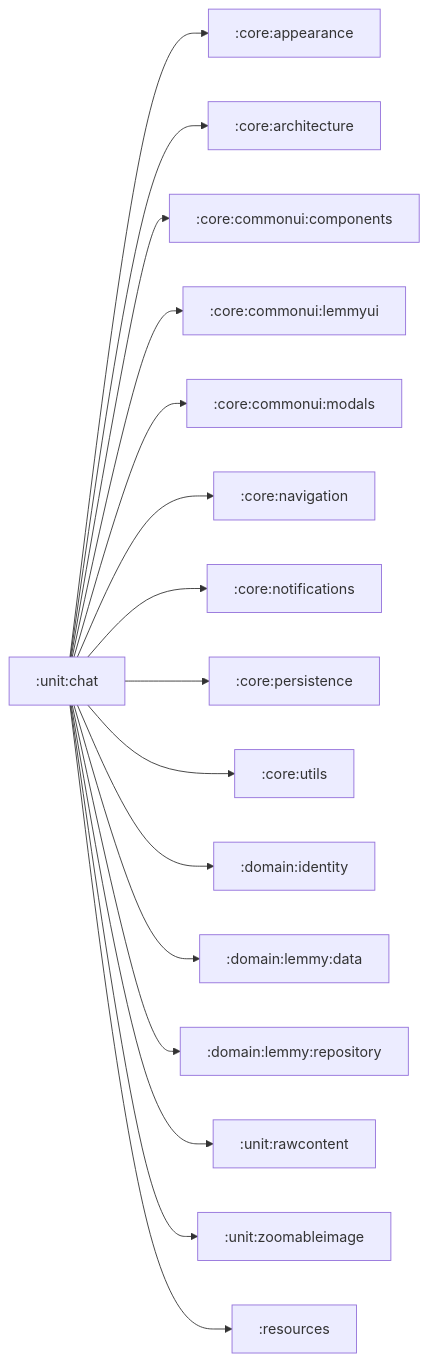
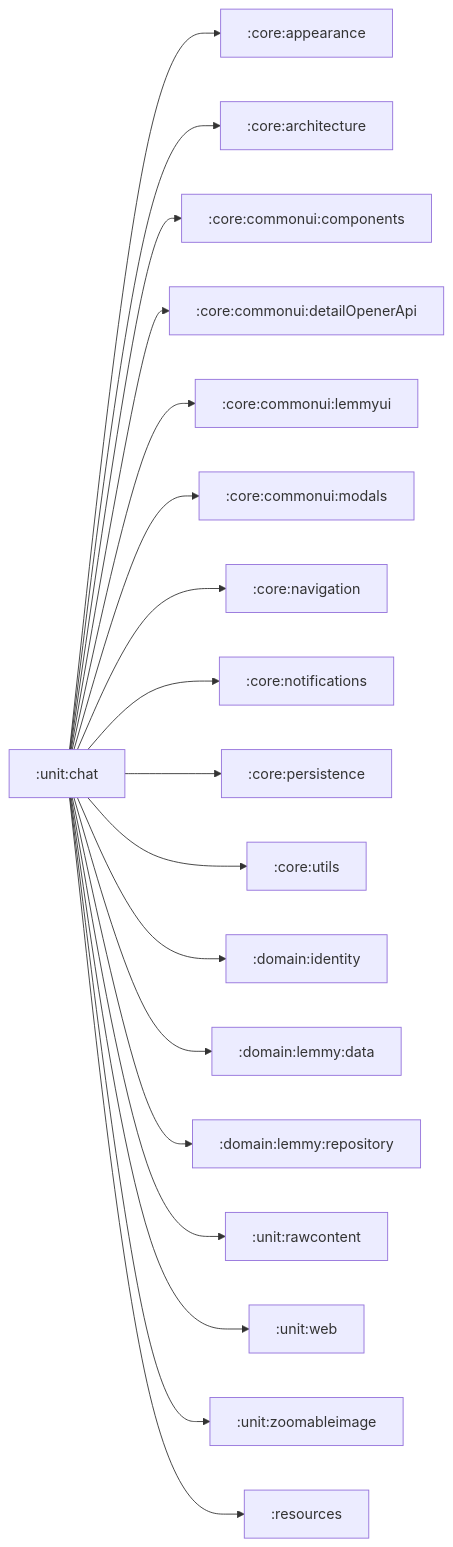
Before and after one commit to LiveFastEatTrashRaccoon/RaccoonForLemmy: diagram 15 of 59 in MODULE_DIAGRAMS.md, drawn with Mermaid. The commit also changed 4 other files, not shown here.

````diff
--- a/MODULE_DIAGRAMS.md
+++ b/MODULE_DIAGRAMS.md
@@ -280,18 +280,20 @@
 ```mermaid
 flowchart LR
     :unit:chat --> :core:appearance
     :unit:chat --> :core:architecture
     :unit:chat --> :core:commonui:components
+    :unit:chat --> :core:commonui:detailOpenerApi
     :unit:chat --> :core:commonui:lemmyui
     :unit:chat --> :core:commonui:modals
     :unit:chat --> :core:navigation
     :unit:chat --> :core:notifications
     :unit:chat --> :core:persistence
     :unit:chat --> :core:utils
     :unit:chat --> :domain:identity
     :unit:chat --> :domain:lemmy:data
     :unit:chat --> :domain:lemmy:repository
     :unit:chat --> :unit:rawcontent
+    :unit:chat --> :unit:web
     :unit:chat --> :unit:zoomableimage
     :unit:chat --> :resources
 ```
````
